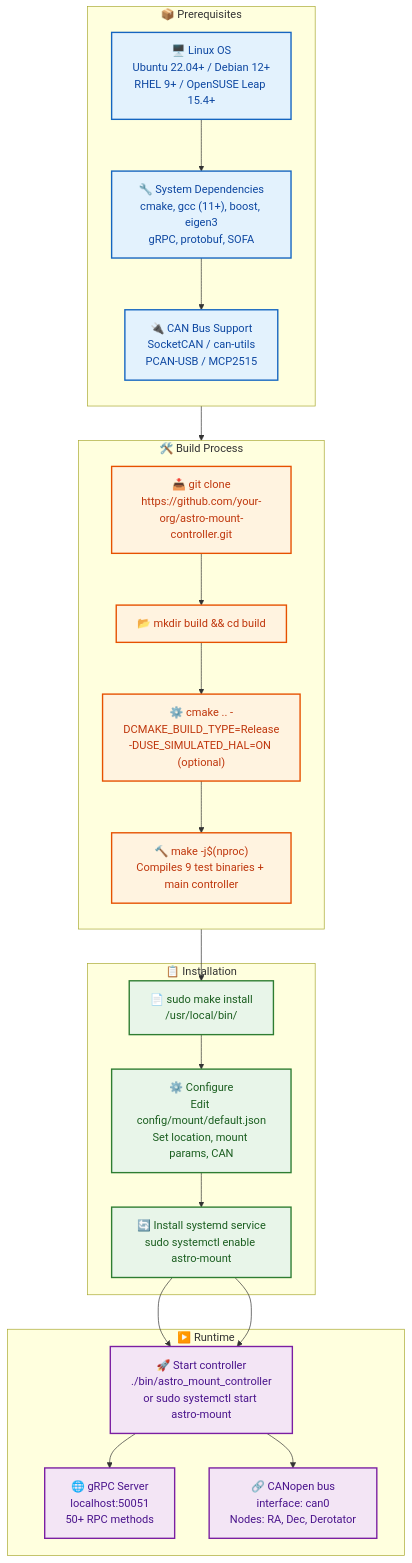
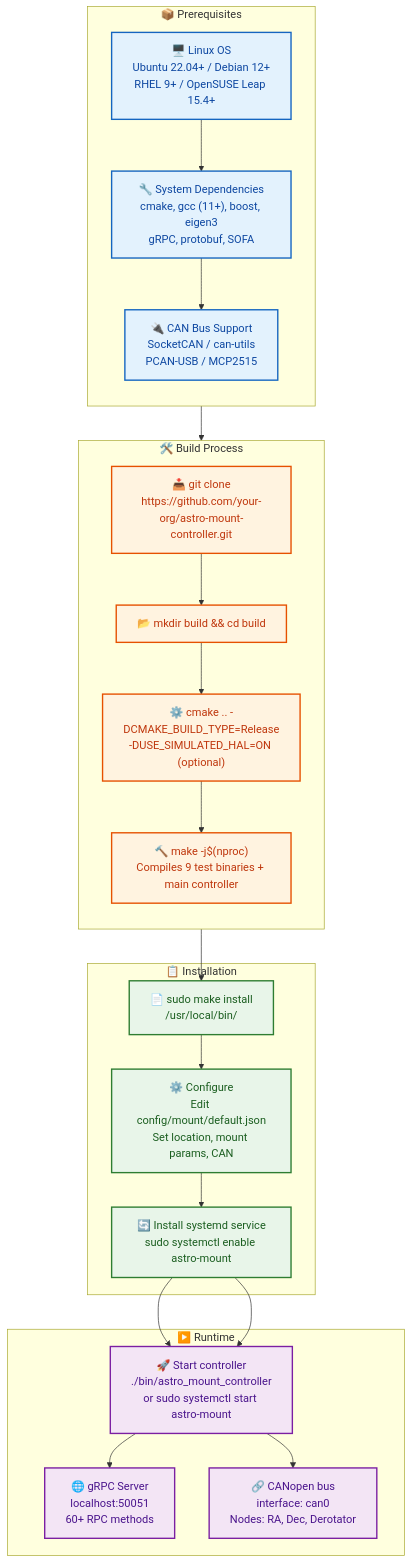
One commit to pielaszkiewicz-jacek/astro_mount_control changed the diagram in docs/en/installation.md. Above: the diagram before and after it, drawn with Mermaid. The commit also changed other lines of this file and 12 other files, not shown here.

````diff
--- a/docs/en/installation.md
+++ b/docs/en/installation.md
@@ -5,47 +5,47 @@
 ```mermaid
 flowchart TD
     %% Styles
     classDef prereq fill:#e3f2fd,stroke:#1565c0,stroke-width:2px,color:#0d47a1
     classDef build fill:#fff3e0,stroke:#e65100,stroke-width:2px,color:#bf360c
     classDef install fill:#e8f5e9,stroke:#2e7d32,stroke-width:2px,color:#1b5e20
     classDef run fill:#f3e5f5,stroke:#7b1fa2,stroke-width:2px,color:#4a148c
 
     subgraph PREREQ["📦 Prerequisites"]
         direction TB
         OS["🖥️ Linux OS<br/>Ubuntu 22.04+ / Debian 12+<br/>RHEL 9+ / OpenSUSE Leap 15.4+"]:::prereq
         DEPS["🔧 System Dependencies<br/>cmake, gcc (11+), boost, eigen3<br/>gRPC, protobuf, SOFA"]:::prereq
         CAN["🔌 CAN Bus Support<br/>SocketCAN / can-utils<br/>PCAN-USB / MCP2515"]:::prereq
     end
 
     subgraph BUILD["🛠️ Build Process"]
         direction TB
         CLONE["📥 git clone<br/>https://github.com/your-org/astro-mount-controller.git"]:::build
         MKDIR["📂 mkdir build && cd build"]:::build
         CMAKE["⚙️ cmake .. -DCMAKE_BUILD_TYPE=Release<br/>-DUSE_SIMULATED_HAL=ON (optional)"]:::build
         MAKE["🔨 make -j$(nproc)<br/>Compiles 9 test binaries + main controller"]:::build
     end
 
     subgraph INST["📋 Installation"]
         INSTALL["📄 sudo make install<br/>/usr/local/bin/"]:::install
         CONF["⚙️ Configure<br/>Edit config/mount/default.json<br/>Set location, mount params, CAN"]:::install
         SERVICE["🔄 Install systemd service<br/>sudo systemctl enable astro-mount"]:::install
     end
 
     subgraph RUN["▶️ Runtime"]
         START["🚀 Start controller<br/>./bin/astro_mount_controller<br/>or sudo systemctl start astro-mount"]:::run
-        GRPC["🌐 gRPC Server<br/>localhost:50051<br/>50+ RPC methods"]:::run
+        GRPC["🌐 gRPC Server<br/>localhost:50051<br/>60+ RPC methods"]:::run
         CANOPEN["🔗 CANopen bus<br/>interface: can0<br/>Nodes: RA, Dec, Derotator"]:::run
     end
 
     OS --> DEPS --> CAN
     CAN --> CLONE
     CLONE --> MKDIR --> CMAKE --> MAKE
     MAKE --> INSTALL --> CONF --> SERVICE
     SERVICE --> START --> GRPC
     SERVICE --> START --> CANOPEN
 
     class OS,DEPS,CAN prereq
     class CLONE,MKDIR,CMAKE,MAKE build
     class INSTALL,CONF,SERVICE install
     class START,GRPC,CANOPEN run
 ```
````
